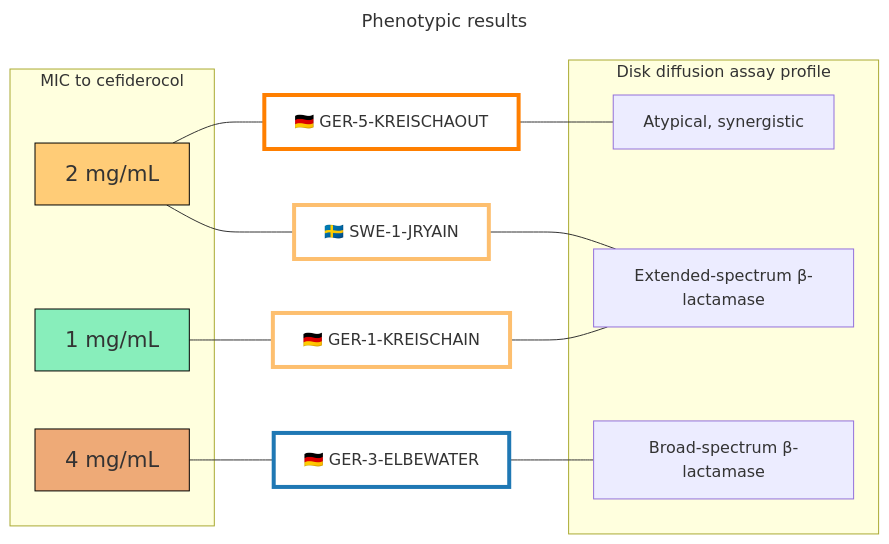
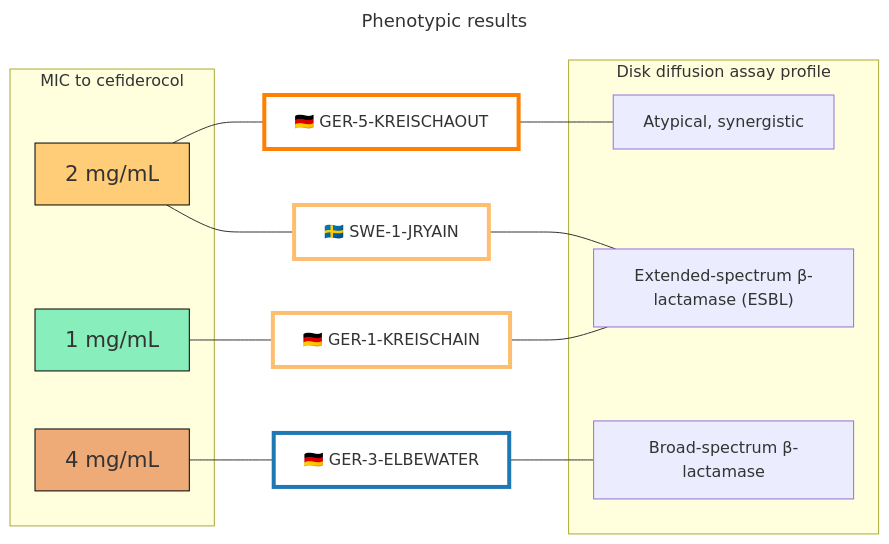
Before and after one commit to RemiGSC/Mgf_FDC: the second of 2 diagrams in README.md, drawn with Mermaid.

````diff
--- a/README.md
+++ b/README.md
@@ -66,32 +66,32 @@
 ```mermaid
 ---
 title: Phenotypic results
 ---
 flowchart LR
 		subgraph DDA [Disk diffusion assay profile]
 			ESBL[Extended-spectrum β-lactamase]
 			Broad-spectrum[Broad-spectrum β-lactamase]
 			Atyp[Atypical, synergistic]
 		end
 
 		subgraph MIC [MIC to cefiderocol]
 			Two[2 mg/mL]
 			One[1 mg/mL]
 			Four[4 mg/mL]
 		end
 
-Two[2 mg/mL] --- C1[🇸🇪 SWE-1-JRYAIN] --- ESBL[Extended-spectrum β-lactamase]
+Two[2 mg/mL] --- C1[🇸🇪 SWE-1-JRYAIN] --- ESBL["Extended-spectrum β-lactamase (ESBL)"]
 One[1 mg/mL] --- C3a[🇩🇪 GER-1-KREISCHAIN] --- ESBL
 Four[4 mg/mL] --- C3b[🇩🇪 GER-3-ELBEWATER] --- Broad-spectrum[Broad-spectrum β-lactamase]
 Two ---C3c[🇩🇪 GER-5-KREISCHAOUT] --- Atyp[Atypical, synergistic]
 
 style One stroke:#000,fill:#8eb,font-size:110%
 style Two stroke:#000,fill:#fc7,font-size:110%
 style Four stroke:#000,fill:#ea7,font-size:110%
 
 style C1 stroke:#fdbf6f,fill:#fff,stroke-width:4px
 style C3a stroke:#fdbf6f,fill:#fff,stroke-width:4px
 style C3b stroke:#1f78b4,fill:#fff,stroke-width:4px
 style C3c stroke:#ff7f00,fill:#fff,stroke-width:4px
 
 ```
````
